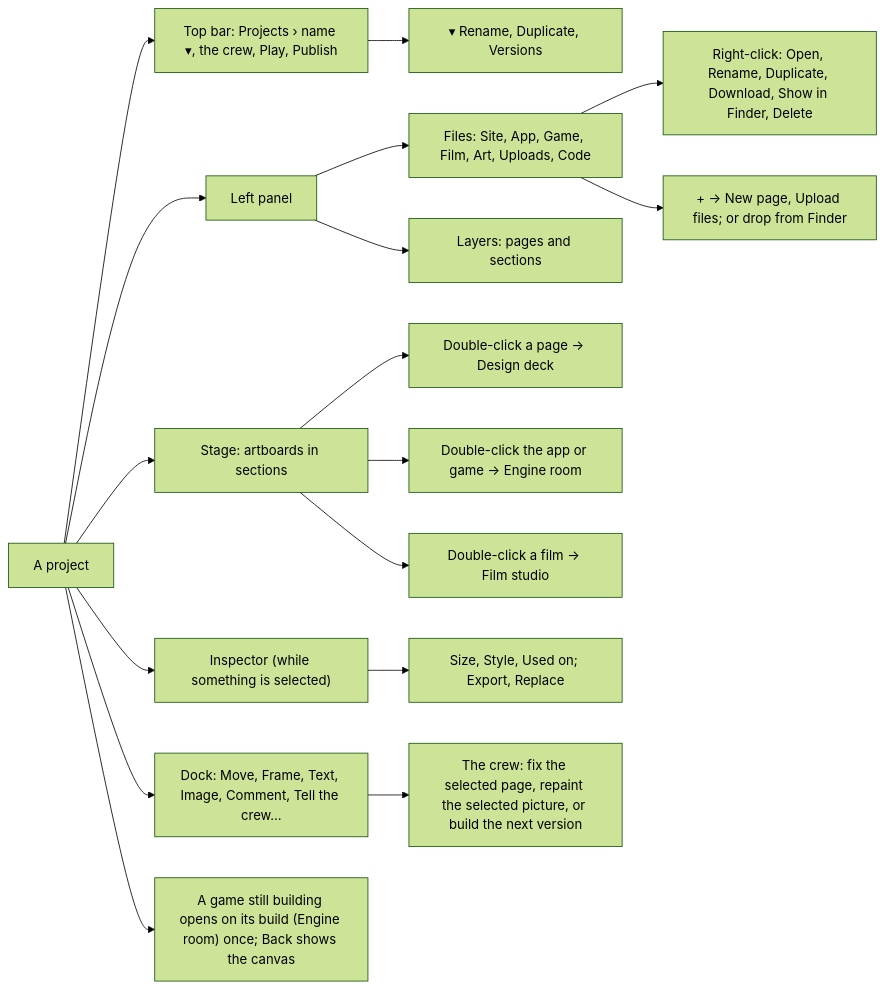
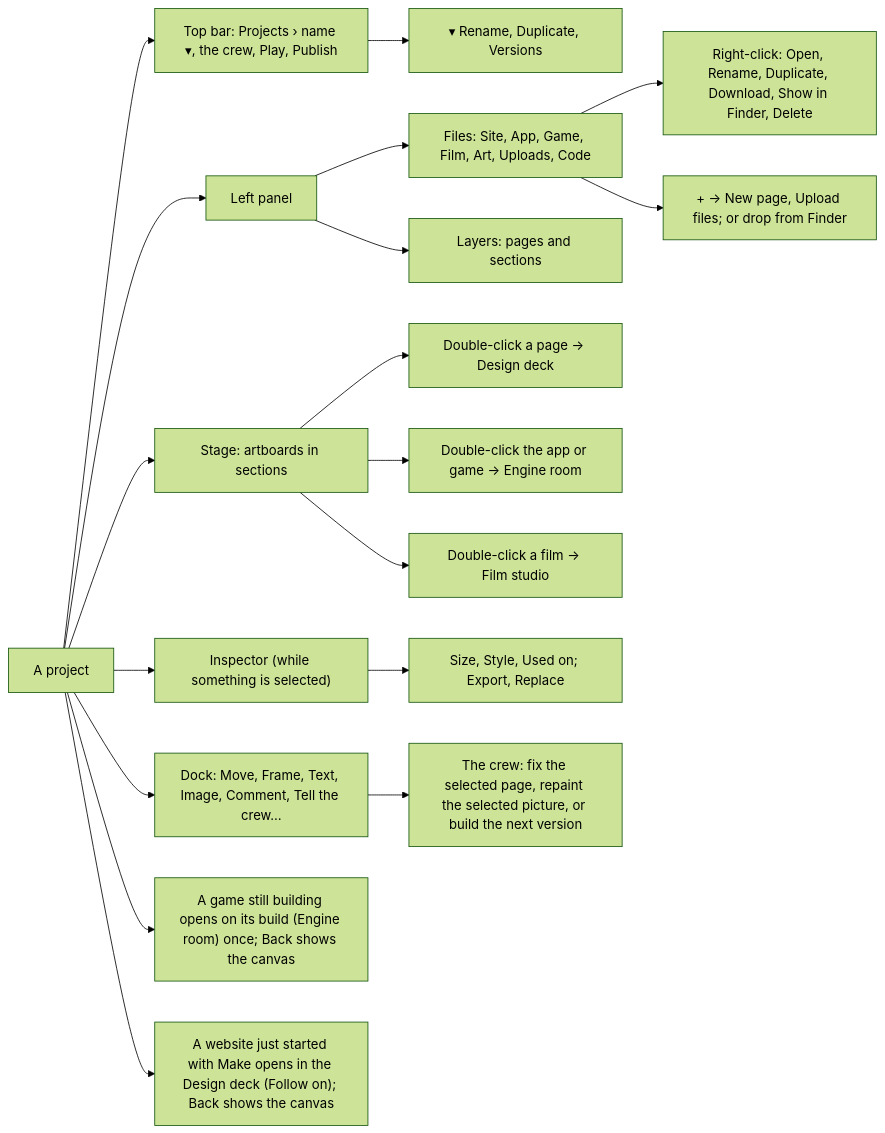
The ninth of 26 diagrams in docs/ux/SITEMAP.md (Pukujan/swarm-studio), drawn with Mermaid (forest theme) before and after one commit. The commit also changed other lines of this file and 3 other files, not shown here.

First line of the commit message:
A website started with Make opens in the Design deck

````diff
--- a/docs/ux/SITEMAP.md
+++ b/docs/ux/SITEMAP.md
@@ -265,19 +265,20 @@
 ```mermaid
 flowchart LR
   PJ["A project"] --> TOP["Top bar: Projects › name ▾, the crew, Play, Publish"]
   PJ --> LEFT["Left panel"]
   PJ --> STG["Stage: artboards in sections"]
   PJ --> INS["Inspector (while something is selected)"]
   PJ --> DOCK["Dock: Move, Frame, Text, Image, Comment, Tell the crew…"]
   TOP --> VER["▾ Rename, Duplicate, Versions"]
   LEFT --> FIL["Files: Site, App, Game, Film, Art, Uploads, Code"]
   LEFT --> LAY["Layers: pages and sections"]
   FIL --> FM["Right-click: Open, Rename, Duplicate, Download, Show in Finder, Delete"]
   FIL --> UP["+ → New page, Upload files; or drop from Finder"]
   STG --> DD["Double-click a page → Design deck"]
   STG --> ER["Double-click the app or game → Engine room"]
   PJ --> GB["A game still building opens on its build (Engine room) once; Back shows the canvas"]
+  PJ --> WB["A website just started with Make opens in the Design deck (Follow on); Back shows the canvas"]
   STG --> FS["Double-click a film → Film studio"]
   INS --> EXP["Size, Style, Used on; Export, Replace"]
   DOCK --> CREW["The crew: fix the selected page, repaint the selected picture, or build the next version"]
 ```
````
